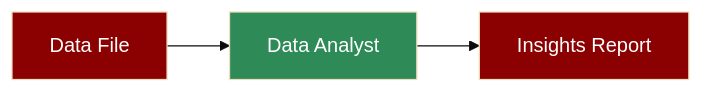
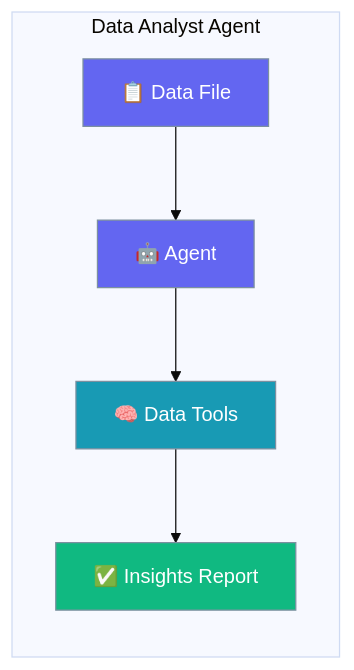
The first of 2 diagrams in docs/agents/data-analyst.mdx (MervinPraison/PraisonAIDocs), drawn with Mermaid (base theme) before and after one commit. The commit also changed other lines of this file and 2 other files, not shown here.

Commit message:
docs: AGENTS.md compliance for finance, data-analyst, image agents (#1733)

````diff
--- a/docs/agents/data-analyst.mdx
+++ b/docs/agents/data-analyst.mdx
@@ -8,9 +23,16 @@
 ```mermaid
-flowchart LR
-    In[Data File] --> Agent[Data Analyst]
-    Agent --> Out[Insights Report]
-    
-    style In fill:#8B0000,color:#fff
-    style Agent fill:#2E8B57,color:#fff
-    style Out fill:#8B0000,color:#fff
+graph LR
+    subgraph "Data Analyst Agent"
+        User[📋 Data File] --> Agent[🤖 Agent]
+        Agent --> Tools[🧠 Data Tools]
+        Tools --> Report[✅ Insights Report]
+    end
+
+    classDef input fill:#6366F1,stroke:#7C90A0,color:#fff
+    classDef process fill:#189AB4,stroke:#7C90A0,color:#fff
+    classDef output fill:#10B981,stroke:#7C90A0,color:#fff
+
+    class User,Agent input
+    class Tools process
+    class Report output
 ```
````
